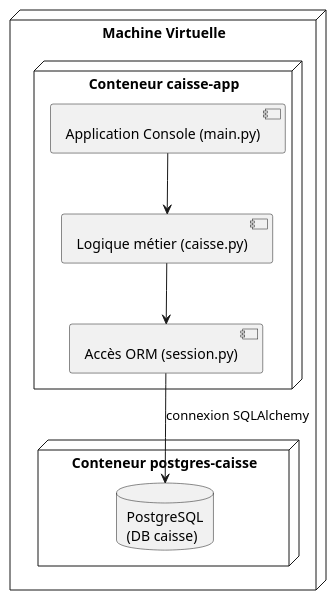
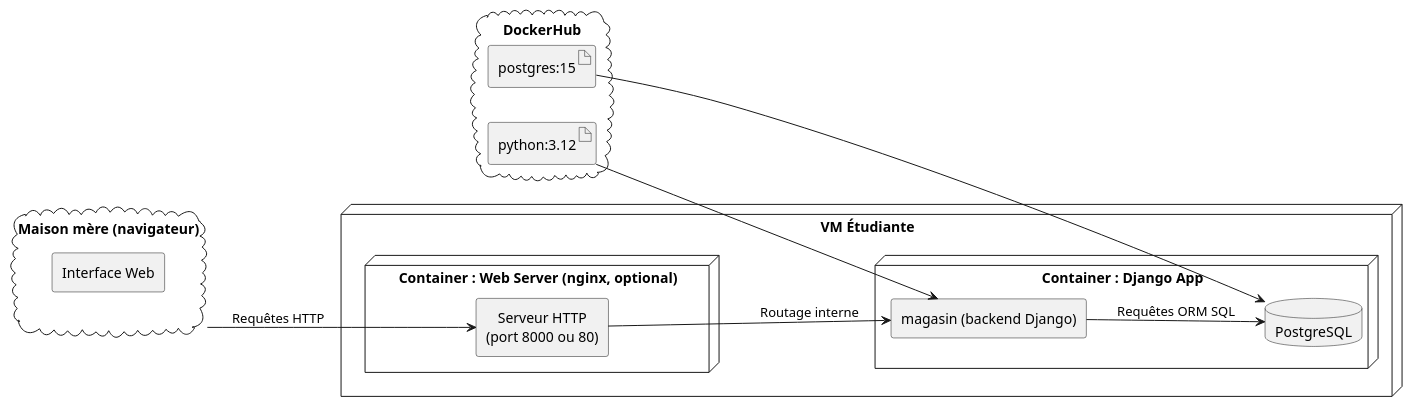
Before and after one commit to TalipKoyluoglu/LOG430-Labo3: the diagram in docs/UML/vue-deploiement.puml, drawn with PlantUML. The commit also changed 36 other files, not shown here.

```diff
--- a/docs/UML/vue-deploiement.puml
+++ b/docs/UML/vue-deploiement.puml
@@ -1,17 +1,32 @@
-@startuml
-node "Machine Virtuelle" {
-    node "Conteneur caisse-app" {
-        component "Application Console (main.py)" 
-        component "Logique métier (caisse.py)"
-        component "Accès ORM (session.py)"
-    }
+@startuml VueDeploiement
+skinparam componentStyle rectangle
+skinparam defaultTextAlignment center
+left to right direction
 
-    node "Conteneur postgres-caisse" {
-        database "PostgreSQL\n(DB caisse)"
-    }
+node "VM Étudiante" {
+  node "Container : Django App" {
+    component "magasin (backend Django)"
+    database "PostgreSQL"
+  }
 
-    "Application Console (main.py)" --> "Logique métier (caisse.py)"
-    "Logique métier (caisse.py)" --> "Accès ORM (session.py)"
-    "Accès ORM (session.py)" --> "PostgreSQL\n(DB caisse)" : connexion SQLAlchemy
+  node "Container : Web Server (nginx, optional)" {
+    component "Serveur HTTP\n(port 8000 ou 80)"
+  }
 }
+
+cloud "DockerHub" {
+  artifact "python:3.12"
+  artifact "postgres:15"
+}
+
+cloud "Maison mère (navigateur)" {
+  component "Interface Web"
+}
+
+"Maison mère (navigateur)" --> "Serveur HTTP\n(port 8000 ou 80)" : Requêtes HTTP
+"Serveur HTTP\n(port 8000 ou 80)" --> "magasin (backend Django)" : Routage interne
+"magasin (backend Django)" --> "PostgreSQL" : Requêtes ORM SQL
+
+"python:3.12" --> "magasin (backend Django)"
+"postgres:15" --> "PostgreSQL"
 @enduml
```
